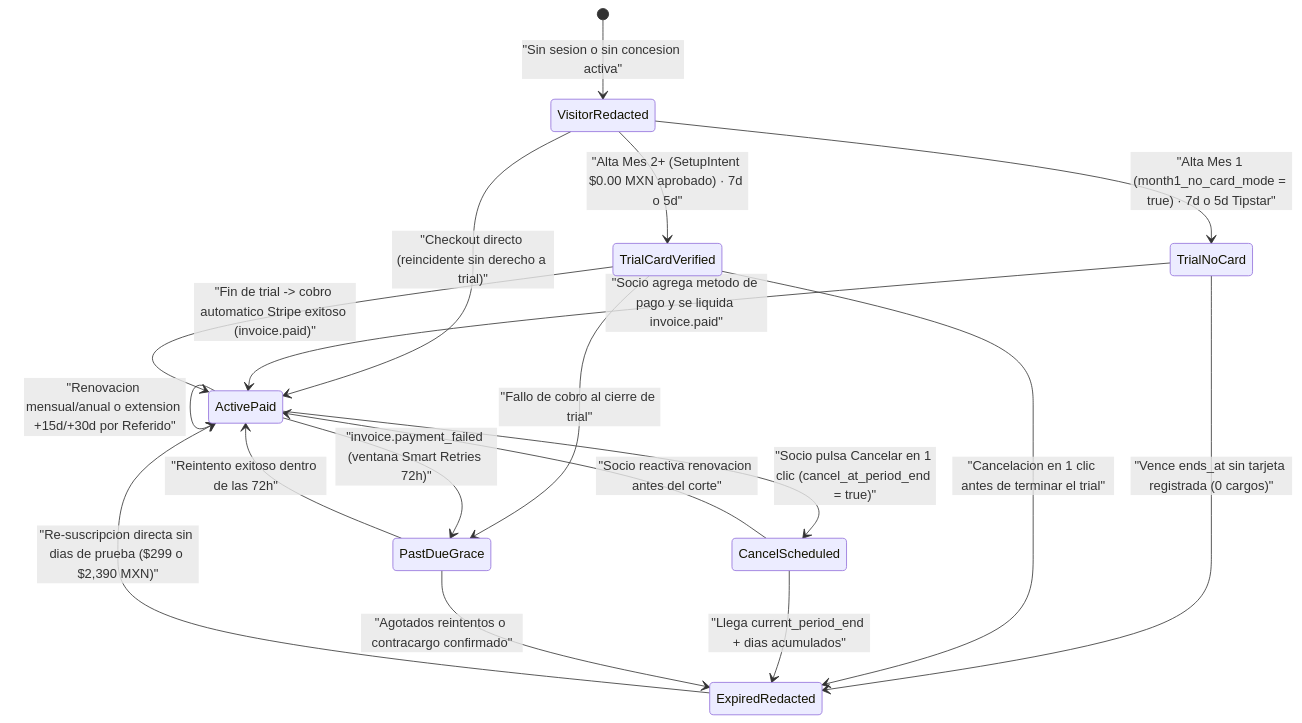
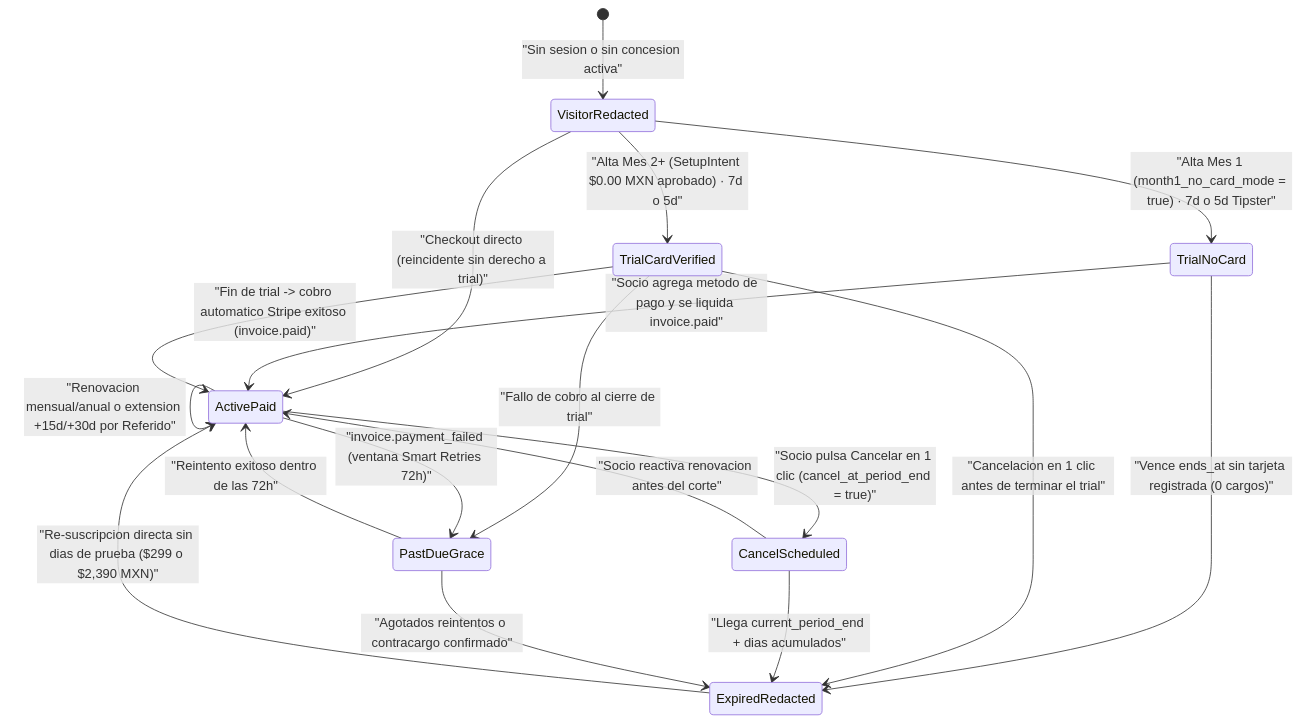
The first of 5 diagrams in docs/product/VISION_REESTRUCTURA_CLAUDE_GROWTH.md (jairbonillacan-cmd/pitch), drawn with Mermaid before and after one commit. The commit also changed other lines of this file and 134 other files, not shown here.

First line of the commit message:
refactor: cambiar «tipstar» por «tipster» en todo el proyecto

````diff
--- a/docs/product/VISION_REESTRUCTURA_CLAUDE_GROWTH.md
+++ b/docs/product/VISION_REESTRUCTURA_CLAUDE_GROWTH.md
@@ -71,26 +71,26 @@
 ```mermaid
 stateDiagram-v2
     [*] --> VisitorRedacted: "Sin sesion o sin concesion activa"
-    VisitorRedacted --> TrialNoCard: "Alta Mes 1 (month1_no_card_mode = true) · 7d o 5d Tipstar"
+    VisitorRedacted --> TrialNoCard: "Alta Mes 1 (month1_no_card_mode = true) · 7d o 5d Tipster"
     VisitorRedacted --> TrialCardVerified: "Alta Mes 2+ (SetupIntent $0.00 MXN aprobado) · 7d o 5d"
     VisitorRedacted --> ActivePaid: "Checkout directo (reincidente sin derecho a trial)"
 
     TrialNoCard --> ActivePaid: "Socio agrega metodo de pago y se liquida invoice.paid"
     TrialNoCard --> ExpiredRedacted: "Vence ends_at sin tarjeta registrada (0 cargos)"
 
     TrialCardVerified --> ActivePaid: "Fin de trial -> cobro automatico Stripe exitoso (invoice.paid)"
     TrialCardVerified --> PastDueGrace: "Fallo de cobro al cierre de trial"
     TrialCardVerified --> ExpiredRedacted: "Cancelacion en 1 clic antes de terminar el trial"
 
     ActivePaid --> ActivePaid: "Renovacion mensual/anual o extension +15d/+30d por Referido"
     ActivePaid --> CancelScheduled: "Socio pulsa Cancelar en 1 clic (cancel_at_period_end = true)"
     ActivePaid --> PastDueGrace: "invoice.payment_failed (ventana Smart Retries 72h)"
 
     CancelScheduled --> ActivePaid: "Socio reactiva renovacion antes del corte"
     CancelScheduled --> ExpiredRedacted: "Llega current_period_end + dias acumulados"
 
     PastDueGrace --> ActivePaid: "Reintento exitoso dentro de las 72h"
     PastDueGrace --> ExpiredRedacted: "Agotados reintentos o contracargo confirmado"
 
     ExpiredRedacted --> ActivePaid: "Re-suscripcion directa sin dias de prueba ($299 o $2,390 MXN)"
 ```
````
